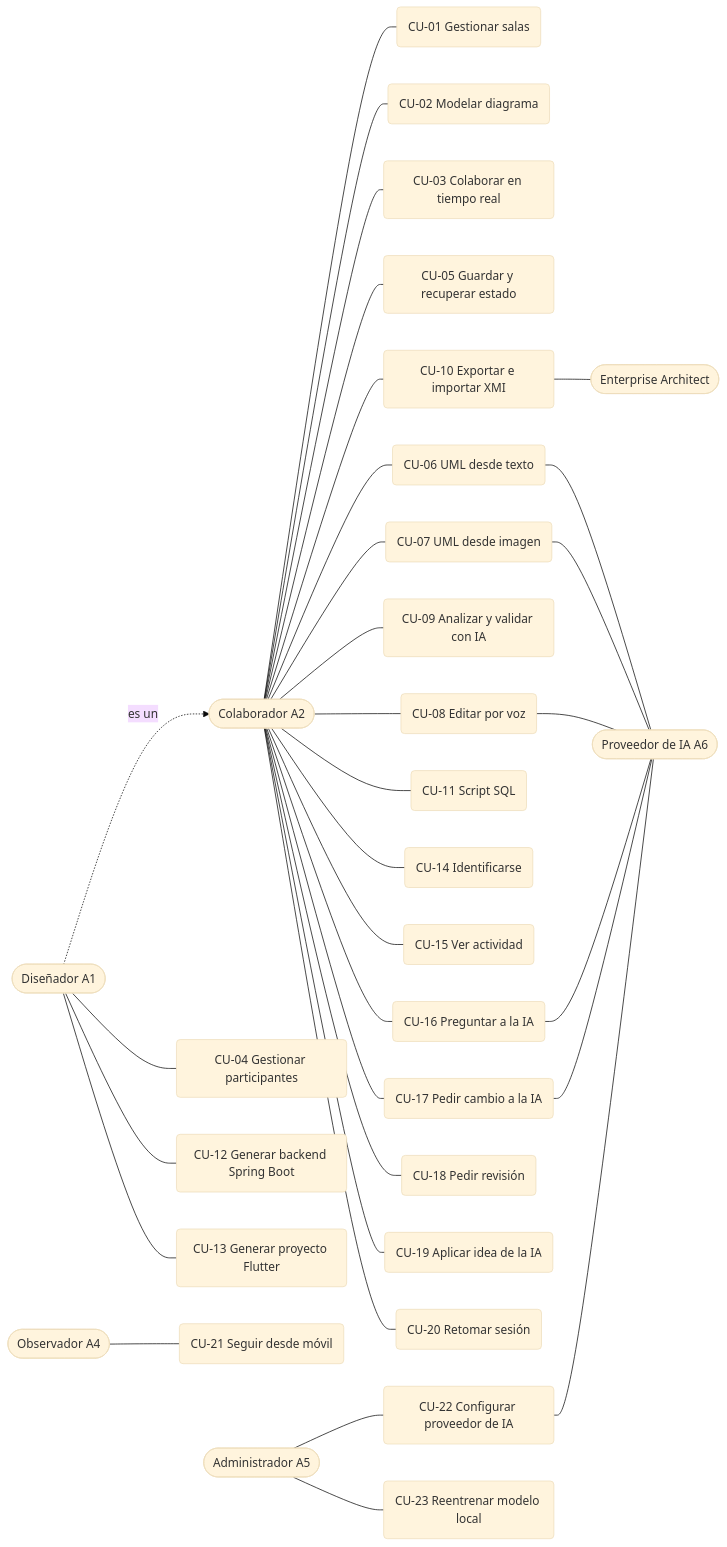
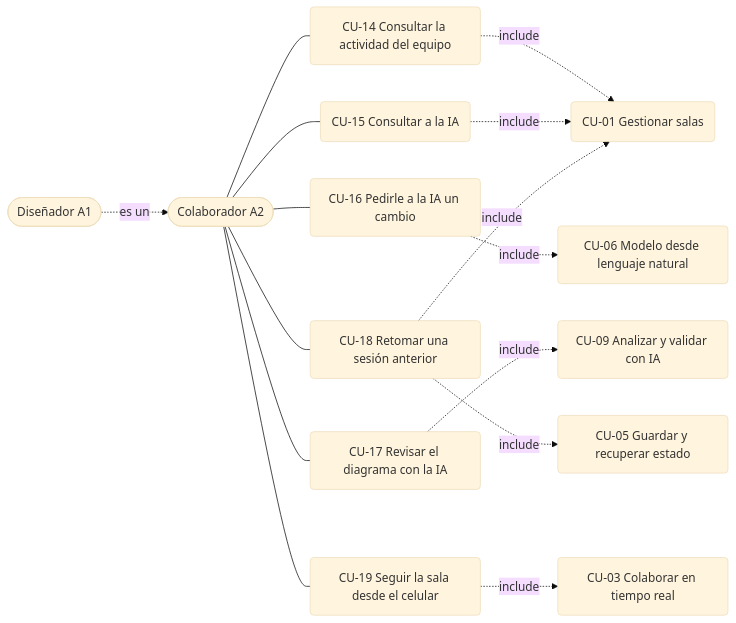
One commit to Gris999/Diagramador_UML_Examen2 changed the diagram in docs/puds/01-requisitos.md. Above: the diagram before and after it, drawn with Mermaid (base theme). The commit also changed other lines of this file and 5 other files, not shown here.

````diff
--- a/docs/puds/01-requisitos.md
+++ b/docs/puds/01-requisitos.md
@@ -23,34 +26,17 @@
 ```mermaid
 flowchart LR
-  C([Colaborador A2]) --- CU01(CU-01 Gestionar salas)
-  C --- CU02(CU-02 Modelar diagrama)
-  C --- CU03(CU-03 Colaborar en tiempo real)
-  C --- CU05(CU-05 Guardar y recuperar estado)
-  C --- CU06(CU-06 UML desde texto)
-  C --- CU07(CU-07 UML desde imagen)
-  C --- CU08(CU-08 Editar por voz)
-  C --- CU09(CU-09 Analizar y validar con IA)
-  C --- CU10(CU-10 Exportar e importar XMI)
-  C --- CU11(CU-11 Script SQL)
-  C --- CU14(CU-14 Identificarse)
-  C --- CU15(CU-15 Ver actividad)
-  C --- CU16(CU-16 Preguntar a la IA)
-  C --- CU17(CU-17 Pedir cambio a la IA)
-  C --- CU18(CU-18 Pedir revisión)
-  C --- CU19(CU-19 Aplicar idea de la IA)
-  C --- CU20(CU-20 Retomar sesión)
-  D([Diseñador A1]) --- CU04(CU-04 Gestionar participantes)
-  D --- CU12(CU-12 Generar backend Spring Boot)
-  D --- CU13(CU-13 Generar proyecto Flutter)
-  D -. es un .-> C
-  O([Observador A4]) --- CU21(CU-21 Seguir desde móvil)
-  A([Administrador A5]) --- CU22(CU-22 Configurar proveedor de IA)
-  A --- CU23(CU-23 Reentrenar modelo local)
-  CU10 --- EA([Enterprise Architect])
-  CU06 --- G([Proveedor de IA A6])
-  CU07 --- G
-  CU08 --- G
-  CU16 --- G
-  CU17 --- G
-  CU22 --- G
+  C([Colaborador A2]) --- CU14(CU-14 Consultar la actividad del equipo)
+  C --- CU15(CU-15 Consultar a la IA)
+  C --- CU16(CU-16 Pedirle a la IA un cambio)
+  C --- CU17(CU-17 Revisar el diagrama con la IA)
+  C --- CU18(CU-18 Retomar una sesión anterior)
+  C --- CU19(CU-19 Seguir la sala desde el celular)
+  D([Diseñador A1]) -. es un .-> C
+  CU14 -. include .-> CU01(CU-01 Gestionar salas)
+  CU15 -. include .-> CU01
+  CU16 -. include .-> CU06(CU-06 Modelo desde lenguaje natural)
+  CU17 -. include .-> CU09(CU-09 Analizar y validar con IA)
+  CU18 -. include .-> CU01
+  CU18 -. include .-> CU05(CU-05 Guardar y recuperar estado)
+  CU19 -. include .-> CU03(CU-03 Colaborar en tiempo real)
 ```
````
